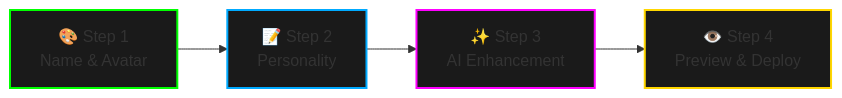
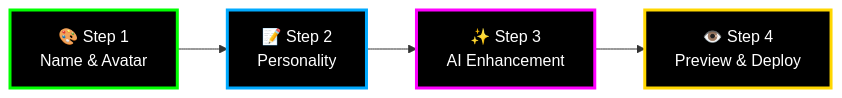
The second of 5 diagrams in README.md (khattam/MirrorMind-AI), drawn with Mermaid before and after one commit. The commit also changed other lines of this file, not shown here.

Commit message:
Fix README: change to MirrorMind, add Groq, fix diagram colors, center align features, remove quality scores

````diff
--- a/README.md
+++ b/README.md
@@ -147,11 +153,11 @@
 ```mermaid
 graph LR
     A[🎨 Step 1<br/>Name & Avatar] --> B[📝 Step 2<br/>Personality]
     B --> C[✨ Step 3<br/>AI Enhancement]
     C --> D[👁️ Step 4<br/>Preview & Deploy]
     
-    style A fill:#1a1a1a,stroke:#00ff00,stroke-width:2px
-    style B fill:#1a1a1a,stroke:#00aaff,stroke-width:2px
-    style C fill:#1a1a1a,stroke:#ff00ff,stroke-width:2px
-    style D fill:#1a1a1a,stroke:#ffd700,stroke-width:2px
+    style A fill:#000000,stroke:#00ff00,stroke-width:3px,color:#ffffff
+    style B fill:#000000,stroke:#00aaff,stroke-width:3px,color:#ffffff
+    style C fill:#000000,stroke:#ff00ff,stroke-width:3px,color:#ffffff
+    style D fill:#000000,stroke:#ffd700,stroke-width:3px,color:#ffffff
 ```
````
